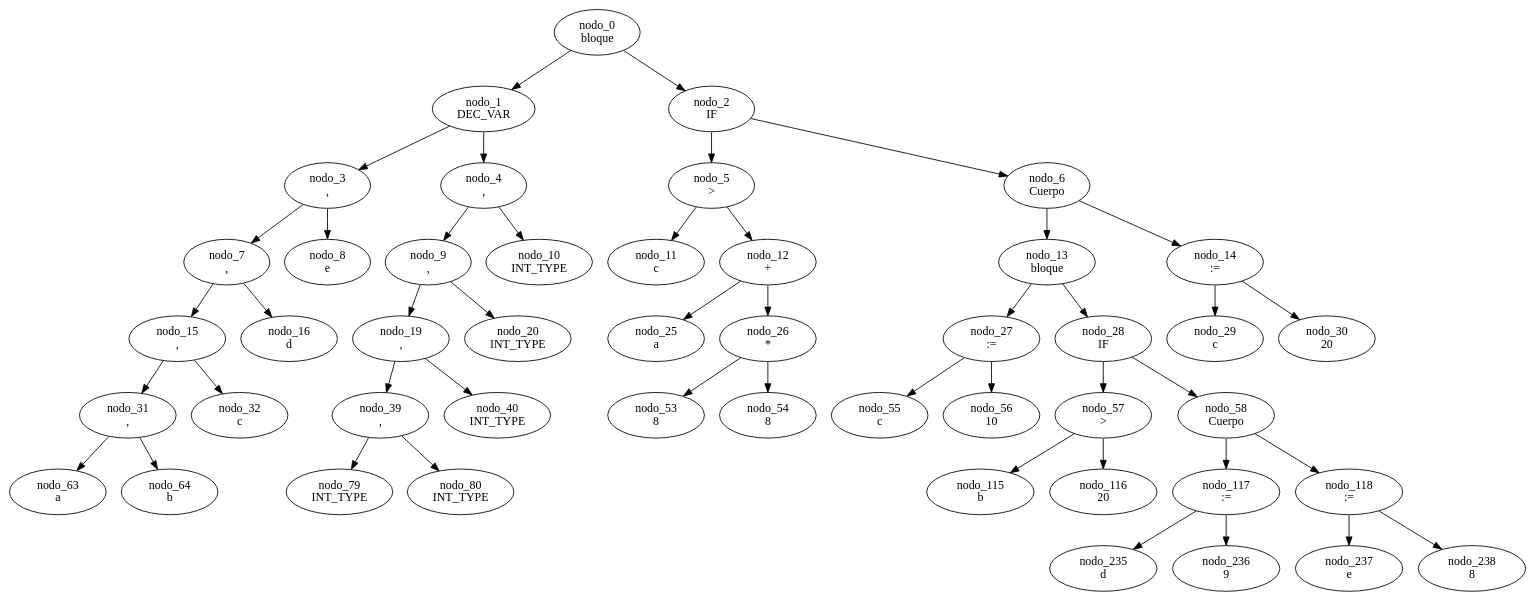
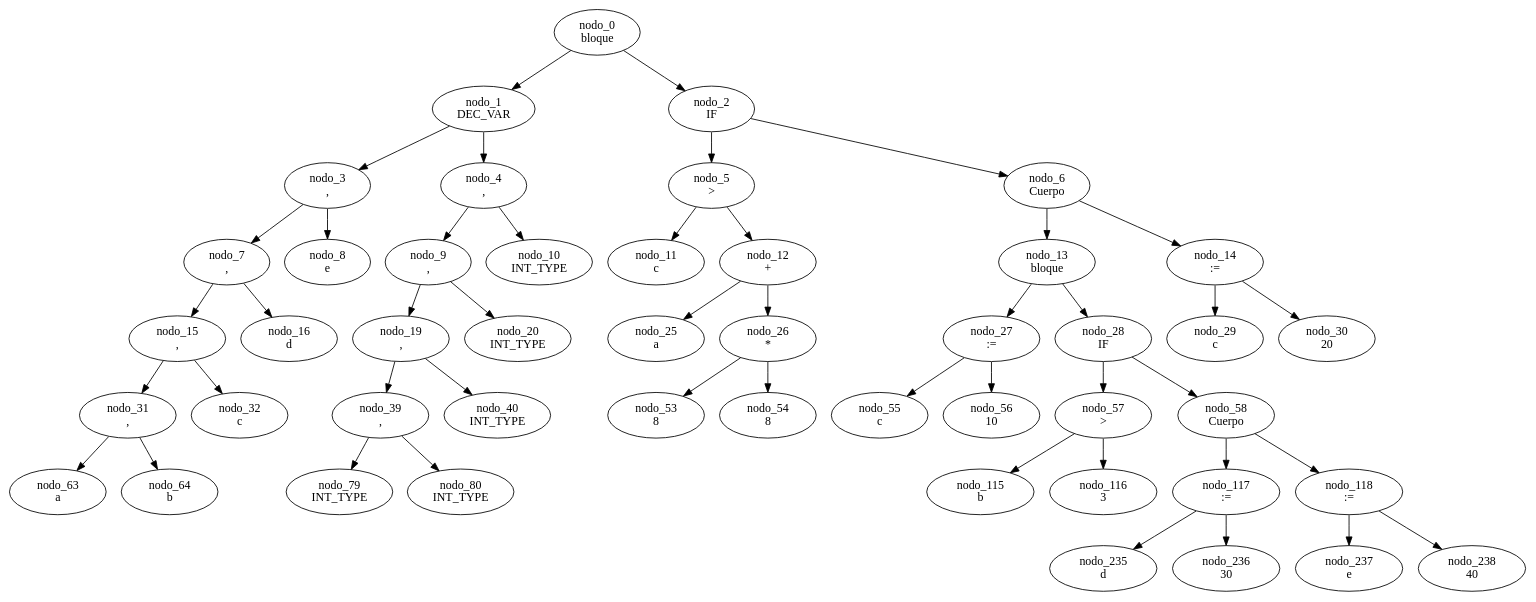
The diagram in Codigo/gragh.dot (FacuBouza/TP_LyC_Grupo07), drawn with Graphviz before and after one commit. The commit also changed 11 other files, not shown here.

```diff
--- a/Codigo/gragh.dot
+++ b/Codigo/gragh.dot
@@ -1,48 +1,48 @@
 digraph G {
 	"nodo_0 \nbloque" -> "nodo_1 \nDEC_VAR"
 	"nodo_0 \nbloque" -> "nodo_2 \nIF"
 	"nodo_1 \nDEC_VAR" -> "nodo_3 \n,"
 	"nodo_1 \nDEC_VAR" -> "nodo_4 \n,"
 	"nodo_3 \n," -> "nodo_7 \n,"
 	"nodo_3 \n," -> "nodo_8 \ne"
 	"nodo_7 \n," -> "nodo_15 \n,"
 	"nodo_7 \n," -> "nodo_16 \nd"
 	"nodo_15 \n," -> "nodo_31 \n,"
 	"nodo_15 \n," -> "nodo_32 \nc"
 	"nodo_31 \n," -> "nodo_63 \na"
 	"nodo_31 \n," -> "nodo_64 \nb"
 	"nodo_4 \n," -> "nodo_9 \n,"
 	"nodo_4 \n," -> "nodo_10 \nINT_TYPE"
 	"nodo_9 \n," -> "nodo_19 \n,"
 	"nodo_9 \n," -> "nodo_20 \nINT_TYPE"
 	"nodo_19 \n," -> "nodo_39 \n,"
 	"nodo_19 \n," -> "nodo_40 \nINT_TYPE"
 	"nodo_39 \n," -> "nodo_79 \nINT_TYPE"
 	"nodo_39 \n," -> "nodo_80 \nINT_TYPE"
 	"nodo_2 \nIF" -> "nodo_5 \n>"
 	"nodo_2 \nIF" -> "nodo_6 \nCuerpo"
 	"nodo_5 \n>" -> "nodo_11 \nc"
 	"nodo_5 \n>" -> "nodo_12 \n+"
 	"nodo_12 \n+" -> "nodo_25 \na"
 	"nodo_12 \n+" -> "nodo_26 \n*"
 	"nodo_26 \n*" -> "nodo_53 \n8"
 	"nodo_26 \n*" -> "nodo_54 \n8"
 	"nodo_6 \nCuerpo" -> "nodo_13 \nbloque"
 	"nodo_6 \nCuerpo" -> "nodo_14 \n:="
 	"nodo_13 \nbloque" -> "nodo_27 \n:="
 	"nodo_13 \nbloque" -> "nodo_28 \nIF"
 	"nodo_27 \n:=" -> "nodo_55 \nc"
 	"nodo_27 \n:=" -> "nodo_56 \n10"
 	"nodo_28 \nIF" -> "nodo_57 \n>"
 	"nodo_28 \nIF" -> "nodo_58 \nCuerpo"
 	"nodo_57 \n>" -> "nodo_115 \nb"
-	"nodo_57 \n>" -> "nodo_116 \n20"
+	"nodo_57 \n>" -> "nodo_116 \n3"
 	"nodo_58 \nCuerpo" -> "nodo_117 \n:="
 	"nodo_58 \nCuerpo" -> "nodo_118 \n:="
 	"nodo_117 \n:=" -> "nodo_235 \nd"
-	"nodo_117 \n:=" -> "nodo_236 \n9"
+	"nodo_117 \n:=" -> "nodo_236 \n30"
 	"nodo_118 \n:=" -> "nodo_237 \ne"
-	"nodo_118 \n:=" -> "nodo_238 \n8"
+	"nodo_118 \n:=" -> "nodo_238 \n40"
 	"nodo_14 \n:=" -> "nodo_29 \nc"
 	"nodo_14 \n:=" -> "nodo_30 \n20"
 }
```
